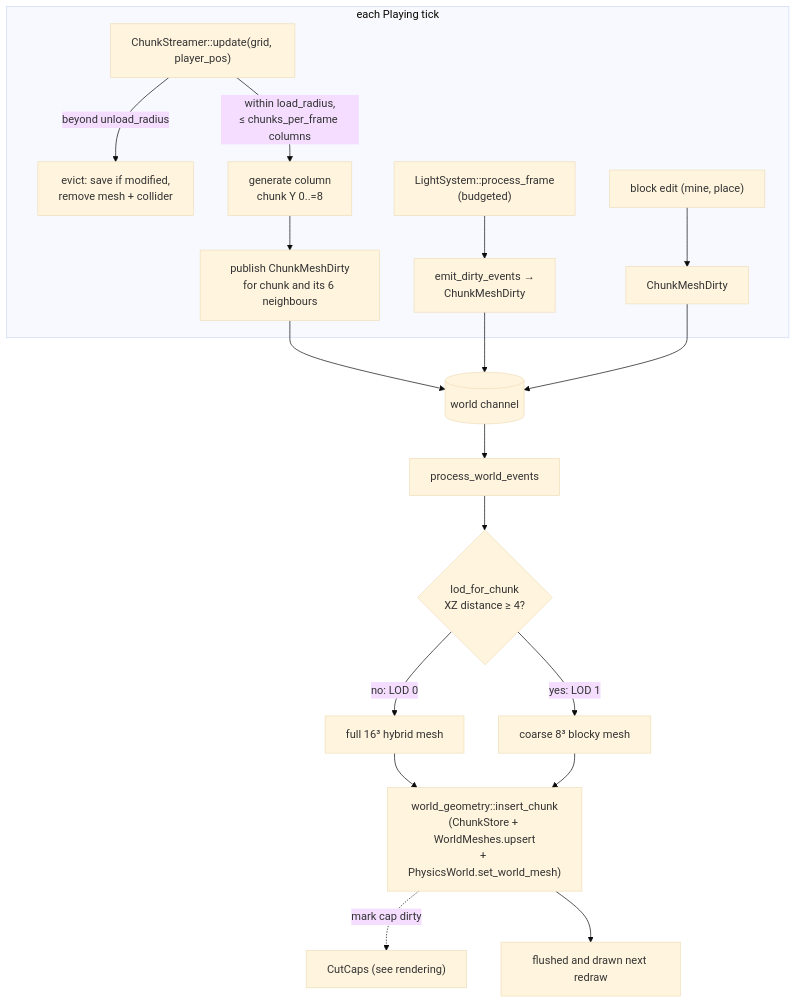
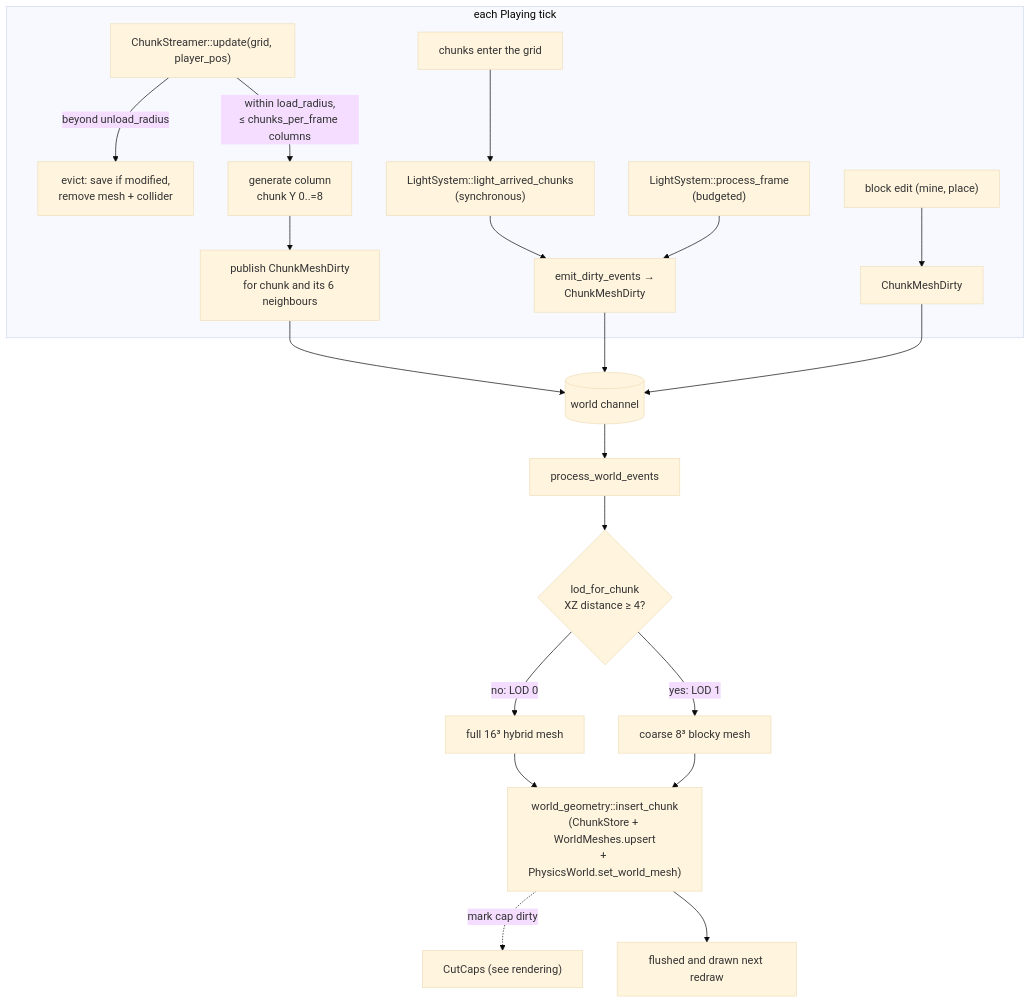
The diagram in wiki/architecture/world-streaming.md (WrackedFella/moho), drawn with Mermaid (base theme) before and after one commit. The commit also changed other lines of this file, not shown here.

First line of the commit message:
docs(wiki): how chunks entering the grid get lit

````diff
--- a/wiki/architecture/world-streaming.md
+++ b/wiki/architecture/world-streaming.md
@@ -10,19 +10,21 @@
 ```mermaid
 flowchart TD
     subgraph frame["each Playing tick"]
         S["ChunkStreamer::update(grid, player_pos)"]
         S -->|"beyond unload_radius"| EV["evict: save if modified,<br/>remove mesh + collider"]
         S -->|"within load_radius,<br/>≤ chunks_per_frame columns"| LD["generate column<br/>chunk Y 0..=8"]
         LD --> D1["publish ChunkMeshDirty<br/>for chunk and its 6 neighbours"]
+        LA["chunks enter the grid"] --> LL["LightSystem::light_arrived_chunks<br/>(synchronous)"]
+        LL --> D2
         LS["LightSystem::process_frame<br/>(budgeted)"] --> D2["emit_dirty_events →<br/>ChunkMeshDirty"]
         EDIT["block edit (mine, place)"] --> D3["ChunkMeshDirty"]
     end
     D1 & D2 & D3 --> CH[("world channel")]
     CH --> PW["process_world_events"]
     PW --> LOD{"lod_for_chunk<br/>XZ distance ≥ 4?"}
     LOD -- "no: LOD 0" --> M0["full 16³ hybrid mesh"]
     LOD -- "yes: LOD 1" --> M1["coarse 8³ blocky mesh"]
     M0 & M1 --> OUT["world_geometry::insert_chunk<br/>(ChunkStore + WorldMeshes.upsert<br/>+ PhysicsWorld.set_world_mesh)"]
     OUT -. "mark cap dirty" .-> CAP["CutCaps (see rendering)"]
     OUT --> R["flushed and drawn next redraw"]
 ```
````
